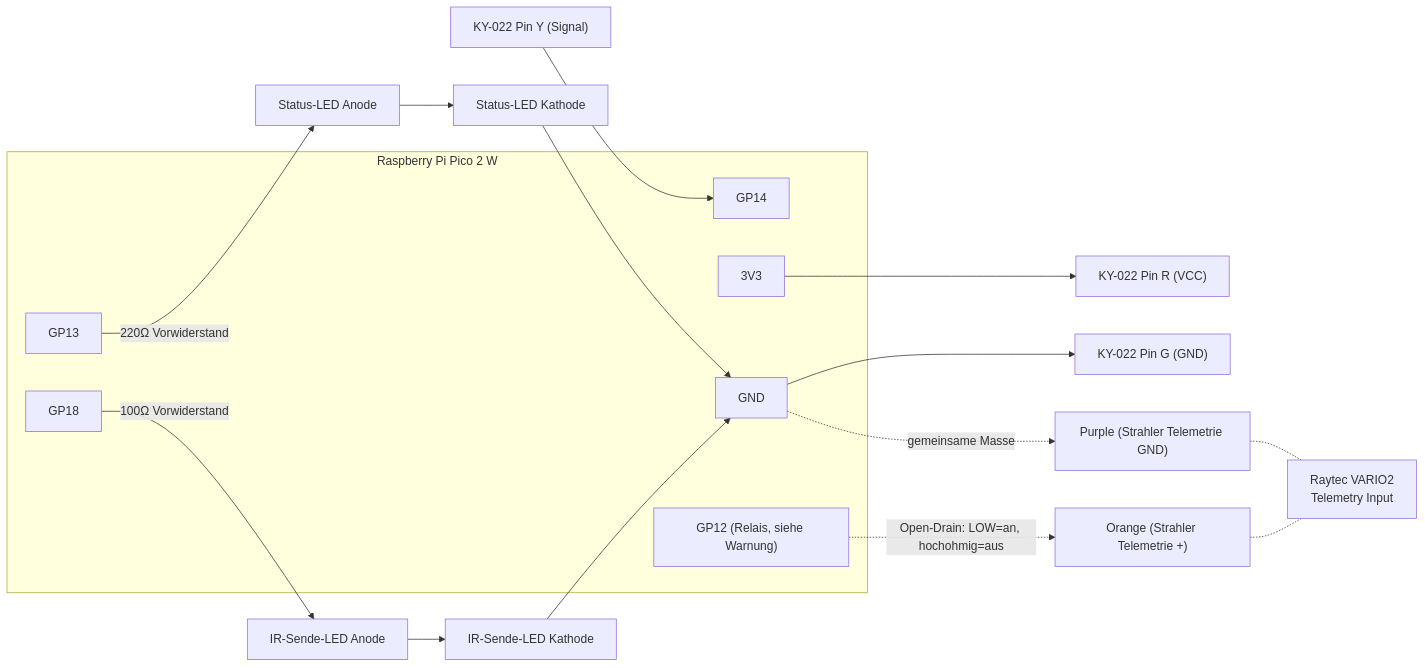
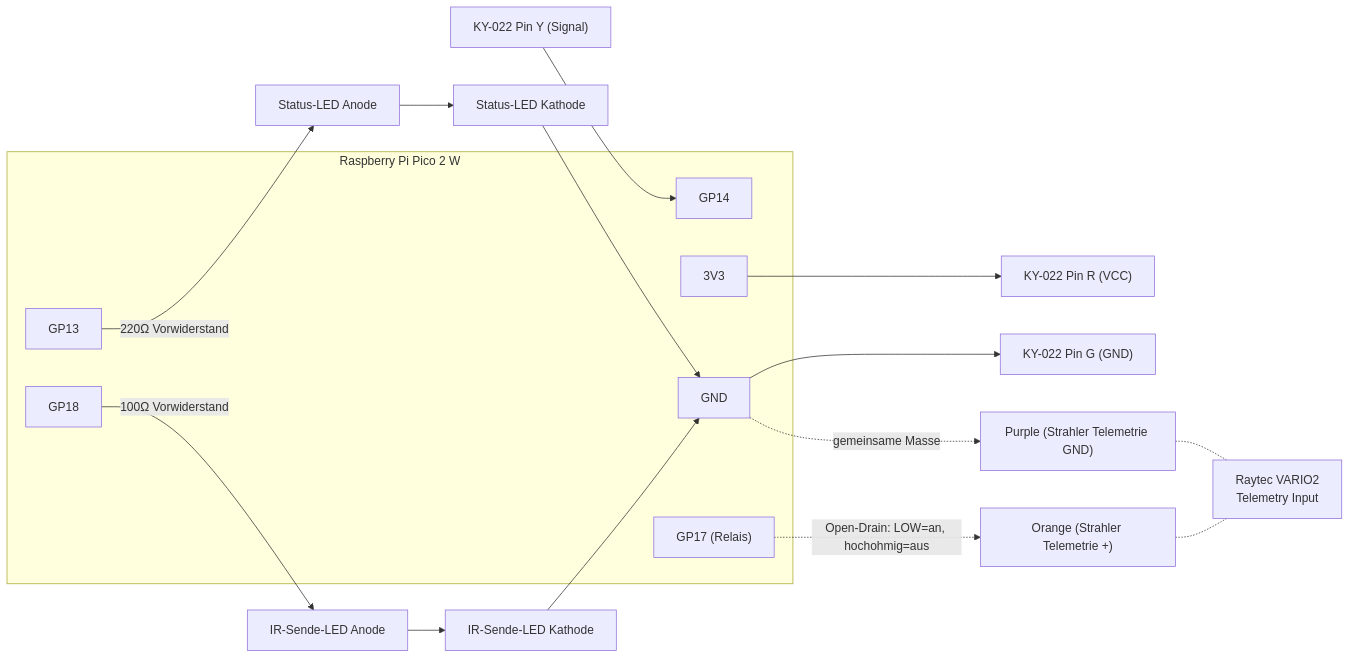
One commit to Schwemmi2021/Pico_IR_Strahler changed the diagram in README.md. Above: the diagram before and after it, drawn with Mermaid. The commit also changed other lines of this file and 1 other file, not shown here.

````diff
--- a/README.md
+++ b/README.md
@@ -30,29 +35,29 @@
 ```mermaid
 graph LR
     subgraph PICO["Raspberry Pi Pico 2 W"]
         GP14["GP14"]
         GP18["GP18"]
         GP13["GP13"]
-        GP12["GP12 (Relais, siehe Warnung)"]
+        GP17["GP17 (Relais)"]
         GND["GND"]
         V3["3V3"]
     end
 
     V3 --> TSOP_R["KY-022 Pin R (VCC)"]
     GND --> TSOP_G["KY-022 Pin G (GND)"]
     TSOP_Y["KY-022 Pin Y (Signal)"] --> GP14
 
     GP18 -->|"100Ω Vorwiderstand"| LED1A["IR-Sende-LED Anode"]
     LED1A --> LED1K["IR-Sende-LED Kathode"]
     LED1K --> GND
 
     GP13 -->|"220Ω Vorwiderstand"| LED2A["Status-LED Anode"]
     LED2A --> LED2K["Status-LED Kathode"]
     LED2K --> GND
 
-    GP12 -.->|"Open-Drain: LOW=an, hochohmig=aus"| ORANGE["Orange (Strahler Telemetrie +)"]
+    GP17 -.->|"Open-Drain: LOW=an, hochohmig=aus"| ORANGE["Orange (Strahler Telemetrie +)"]
     GND -.->|gemeinsame Masse| PURPLE["Purple (Strahler Telemetrie GND)"]
 
     ORANGE -.- STRAHLER["Raytec VARIO2<br/>Telemetry Input"]
     PURPLE -.- STRAHLER
 ```
````
